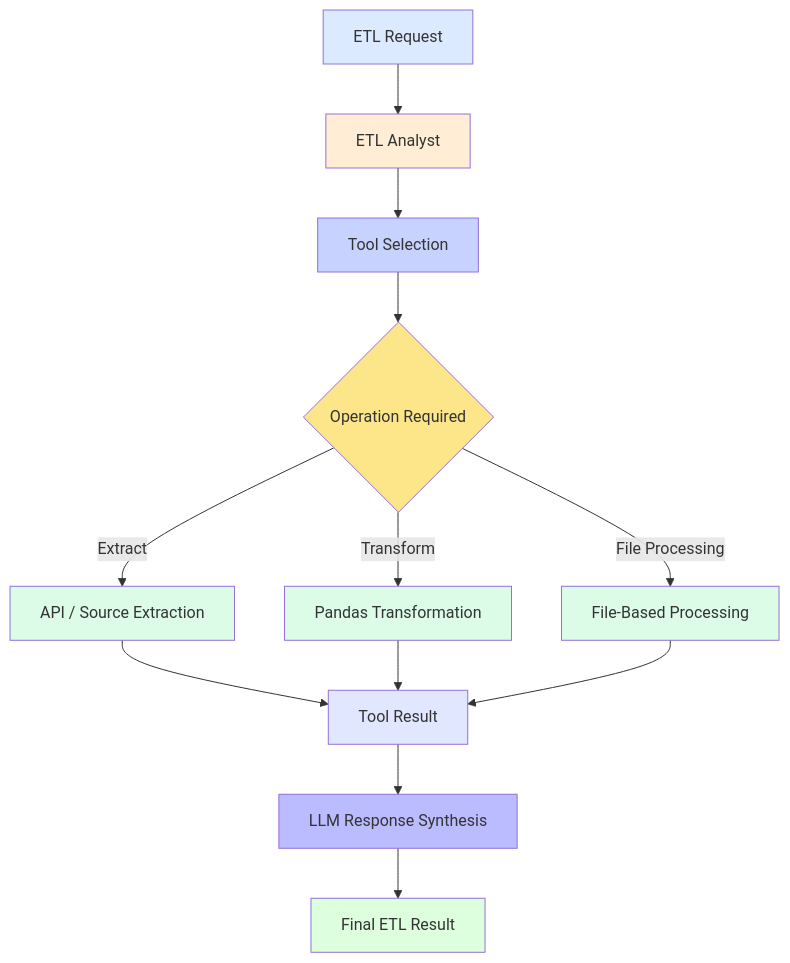
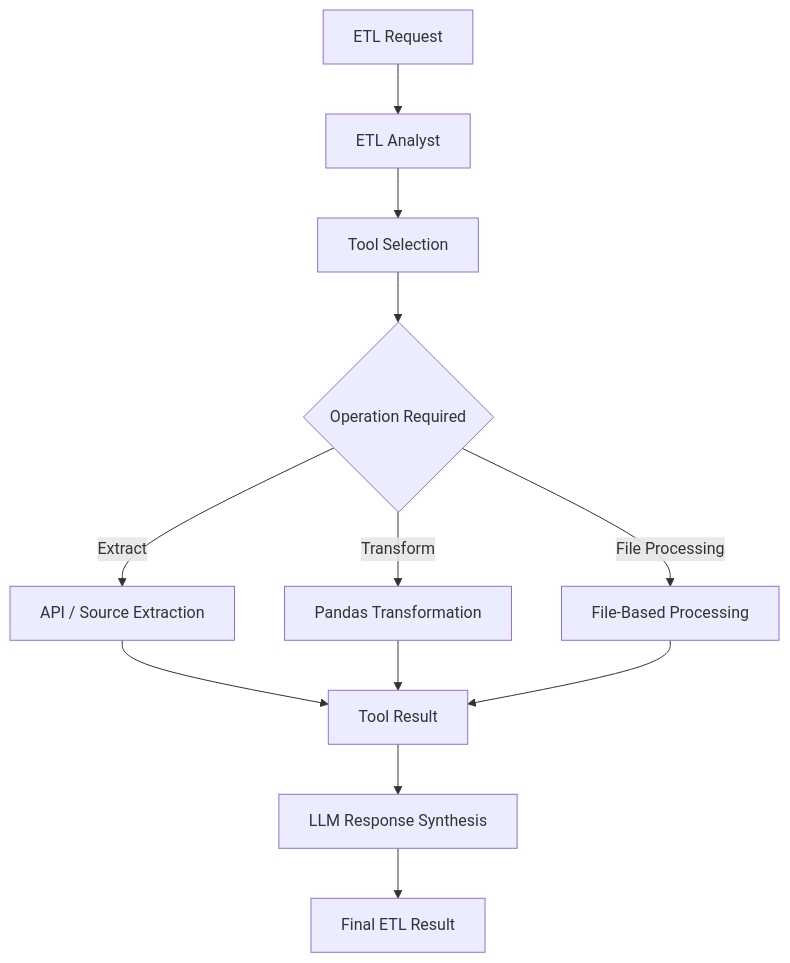
One commit to swapniltake1/Agentic-AI-Based-Multi-Source-Data-Retrieval-and-Stakeholder-Intelligence-Platform changed the fourth of 6 diagrams in README.md. Above: the diagram before and after it, drawn with Mermaid. The commit also changed other lines of this file, not shown here.

````diff
--- a/README.md
+++ b/README.md
@@ -139,25 +100,14 @@
 ```mermaid
 flowchart TD
     A["ETL Request"] --> B["ETL Analyst"]
     B --> C["Tool Selection"]
     C --> D{"Operation Required"}
     D -->|Extract| E["API / Source Extraction"]
     D -->|Transform| F["Pandas Transformation"]
     D -->|File Processing| G["File-Based Processing"]
     E --> H["Tool Result"]
     F --> H
     G --> H
     H --> I["LLM Response Synthesis"]
     I --> J["Final ETL Result"]
-
-    style A fill:#dbeafe
-    style B fill:#ffedd5
-    style C fill:#c7d2fe
-    style D fill:#fde68a
-    style E fill:#dcfce7
-    style F fill:#dcfce7
-    style G fill:#dcfce7
-    style H fill:#e0e7ff
-    style I fill:#bbf
-    style J fill:#dfd
 ```
````
